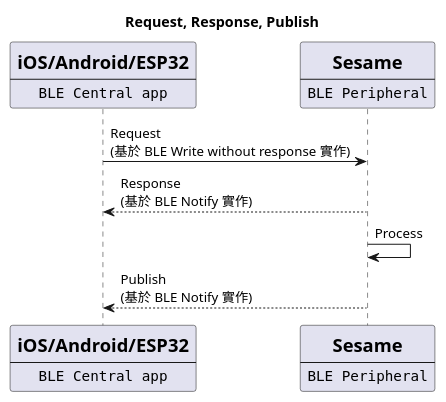
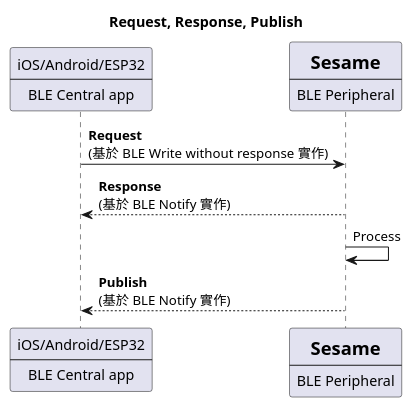
The diagram in profile/uml/uml_input/request_response_publish.plantuml (CANDY-HOUSE/.github), drawn with PlantUML before and after one commit.

```diff
--- a/profile/uml/uml_input/request_response_publish.plantuml
+++ b/profile/uml/uml_input/request_response_publish.plantuml
@@ -1,19 +1,19 @@
 @startuml
 title Request, Response, Publish
 participant BLEcentral [
-    =iOS/Android/ESP32
+    iOS/Android/ESP32
     ----
-    ""BLE Central app""
+    BLE Central app
 ]
 participant Server [
     =Sesame
     ----
-    ""BLE Peripheral""
+    BLE Peripheral
 ]
 
-BLEcentral -> Server: Request\n(基於 BLE Write without response 實作)
-Server --> BLEcentral: Response\n(基於 BLE Notify 實作)
+BLEcentral -> Server: **Request**\n(基於 BLE Write without response 實作)
+Server --> BLEcentral: **Response**\n(基於 BLE Notify 實作)
 Server -> Server: Process
-Server --> BLEcentral: Publish\n(基於 BLE Notify 實作)
+Server --> BLEcentral: **Publish**\n(基於 BLE Notify 實作)
 
 @enduml
```
